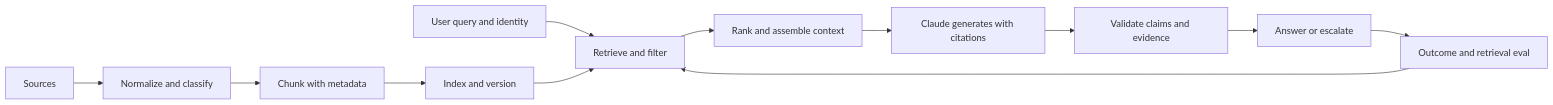
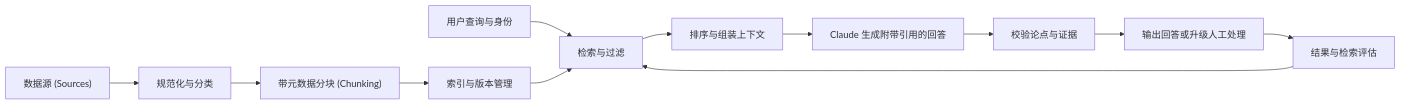
Before and after one commit to cluster1900/ai-engineering-from-scratch-zh: the diagram in certifications/claude/lessons/24-rag-retrieval-and-data-pipelines/docs/en.md, drawn with Mermaid. The commit also changed other lines of this file and 187 other files, not shown here.

````diff
--- a/certifications/claude/lessons/24-rag-retrieval-and-data-pipelines/docs/en.md
+++ b/certifications/claude/lessons/24-rag-retrieval-and-data-pipelines/docs/en.md
@@ -39,14 +32,14 @@
 ```mermaid
 flowchart LR
-    S["Sources"] --> N["Normalize and classify"]
-    N --> C["Chunk with metadata"]
-    C --> I["Index and version"]
-    Q["User query and identity"] --> R["Retrieve and filter"]
+    S["数据源 (Sources)"] --> N["规范化与分类"]
+    N --> C["带元数据分块 (Chunking)"]
+    C --> I["索引与版本管理"]
+    Q["用户查询与身份"] --> R["检索与过滤"]
     I --> R
-    R --> K["Rank and assemble context"]
-    K --> G["Claude generates with citations"]
-    G --> V["Validate claims and evidence"]
-    V --> O["Answer or escalate"]
-    O --> E["Outcome and retrieval eval"]
+    R --> K["排序与组装上下文"]
+    K --> G["Claude 生成附带引用的回答"]
+    G --> V["校验论点与证据"]
+    V --> O["输出回答或升级人工处理"]
+    O --> E["结果与检索评估"]
     E --> R
 ```
````
